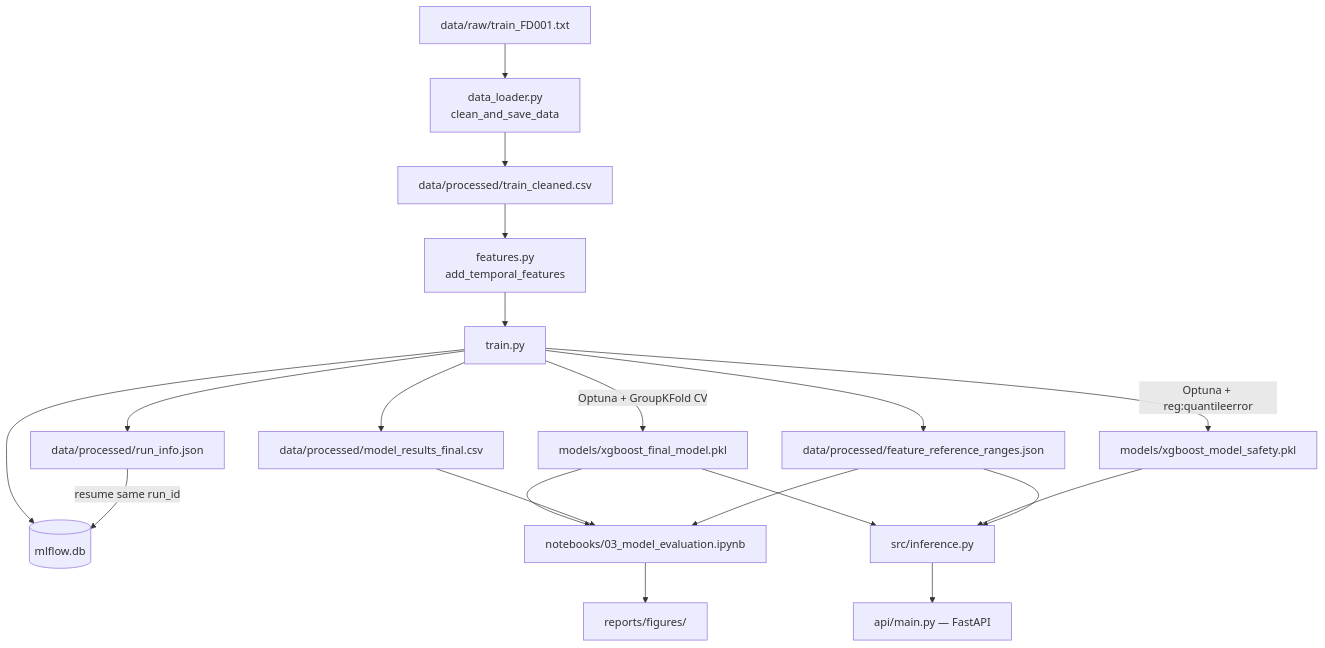
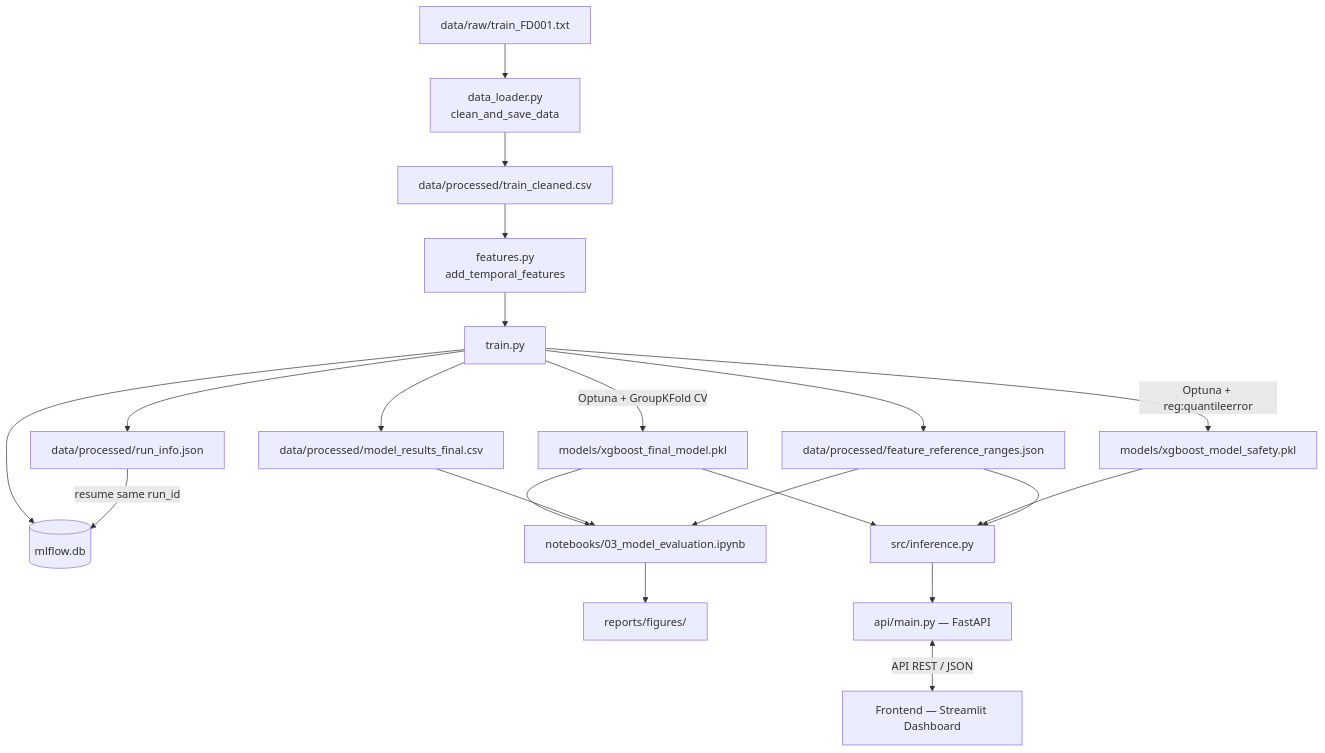
The diagram in docs/architecture.md (Ali-EL-AMRIOUI/predictive_maintenance), drawn with Mermaid before and after one commit. The commit also changed 13 other files, not shown here.

First line of the commit message:
feat: finalize complete MLOps pipeline with FastAPI, Streamlit UI, an… (#20)

````diff
--- a/docs/architecture.md
+++ b/docs/architecture.md
@@ -25,22 +25,23 @@
 ```mermaid
 flowchart TD
     A[data/raw/train_FD001.txt] --> B[data_loader.py<br/>clean_and_save_data]
     B --> C[data/processed/train_cleaned.csv]
     C --> D[features.py<br/>add_temporal_features]
     D --> E[train.py]
     E -->|Optuna + GroupKFold CV| F[models/xgboost_final_model.pkl]
     E -->|Optuna + reg:quantileerror| G[models/xgboost_model_safety.pkl]
     E --> H[data/processed/model_results_final.csv]
     E --> I[data/processed/feature_reference_ranges.json]
     E --> J[data/processed/run_info.json]
     E --> K[(mlflow.db)]
     F --> L[notebooks/03_model_evaluation.ipynb]
     H --> L
     I --> L
     J -->|resume same run_id| K
     L --> M[reports/figures/]
     F --> N[src/inference.py]
     G --> N
     I --> N
     N --> O[api/main.py — FastAPI]
+    O <-->|API REST / JSON| P[Frontend — Streamlit Dashboard]
 ```
````
